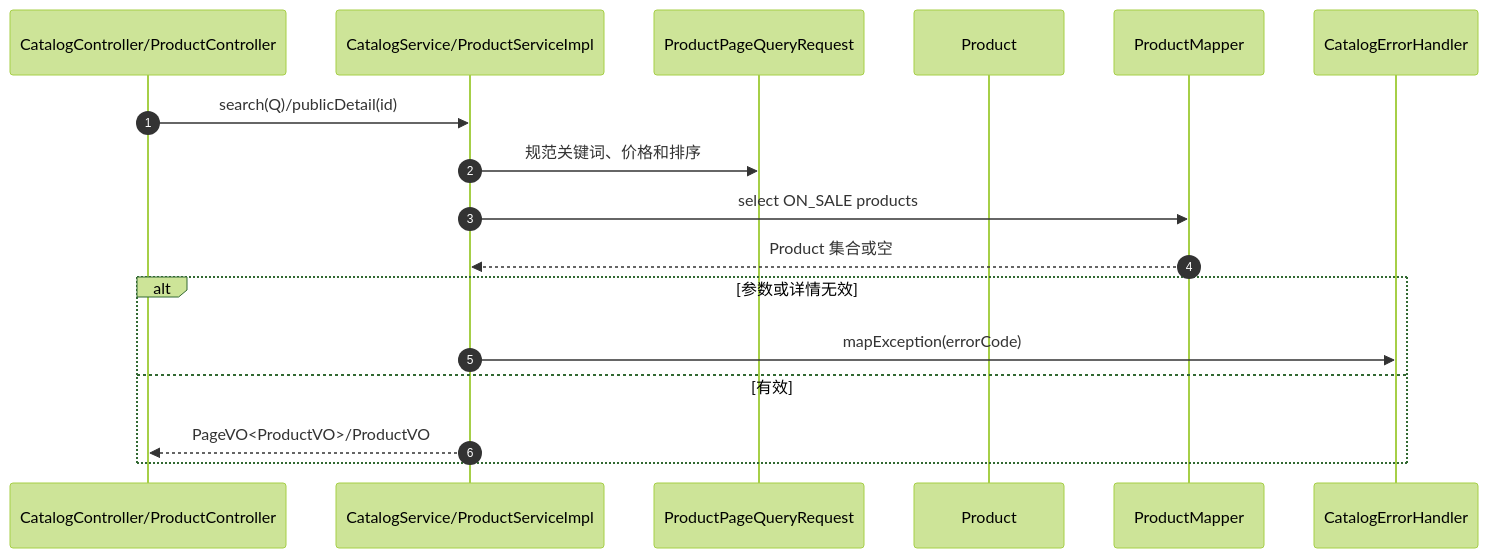
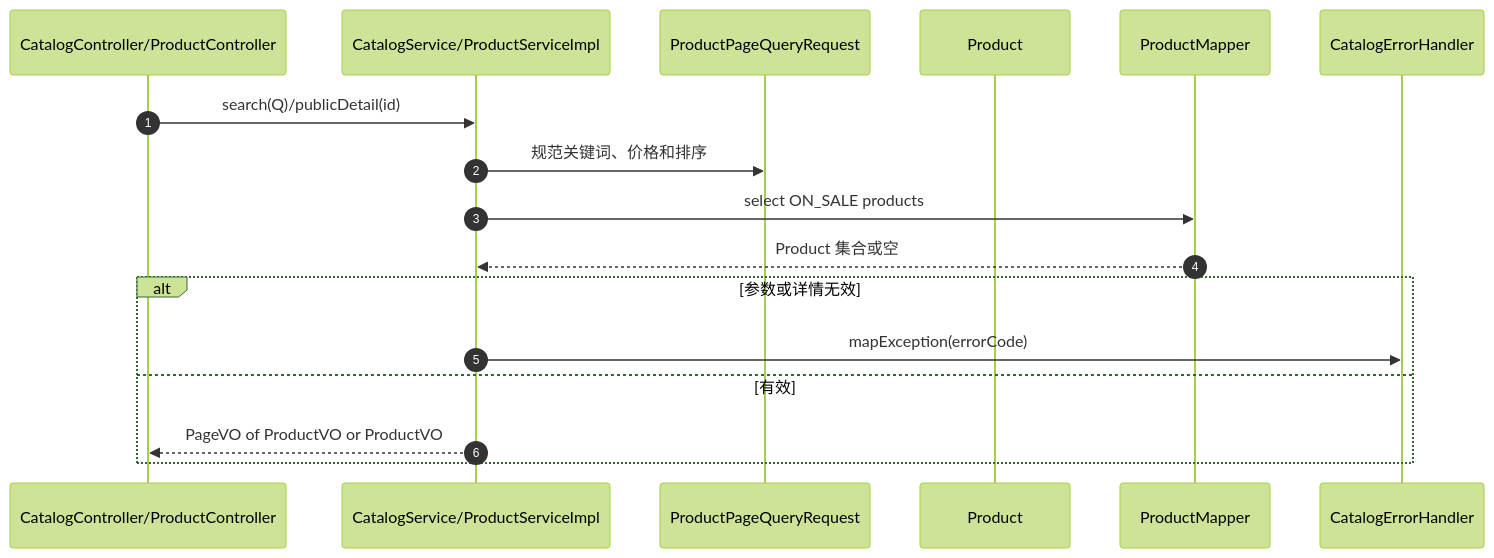
Before and after one commit to Isabella-Apus/SEGroup8: the seventh of 26 diagrams in 02_docs/specifications/software-detailed-design.md, drawn with Mermaid (forest theme). The commit also changed other lines of this file and 7 other files, not shown here.

````diff
--- a/02_docs/specifications/software-detailed-design.md
+++ b/02_docs/specifications/software-detailed-design.md
@@ -196,19 +196,19 @@
 ```mermaid
 sequenceDiagram
   autonumber
   participant C as CatalogController/ProductController
   participant S as CatalogService/ProductServiceImpl
   participant Q as ProductPageQueryRequest
   participant P as Product
   participant M as ProductMapper
   participant H as CatalogErrorHandler
   C->>S: search(Q)/publicDetail(id)
   S->>Q: 规范关键词、价格和排序
   S->>M: select ON_SALE products
   M-->>S: Product 集合或空
   alt 参数或详情无效
     S->>H: mapException(errorCode)
   else 有效
-    S-->>C: PageVO<ProductVO>/ProductVO
+    S-->>C: PageVO of ProductVO or ProductVO
   end
 ```
````
